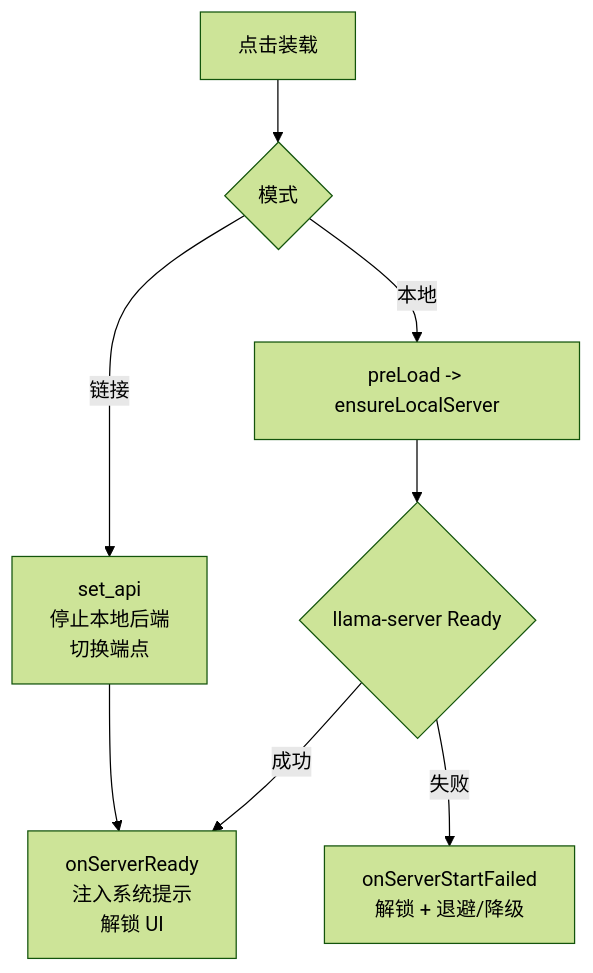
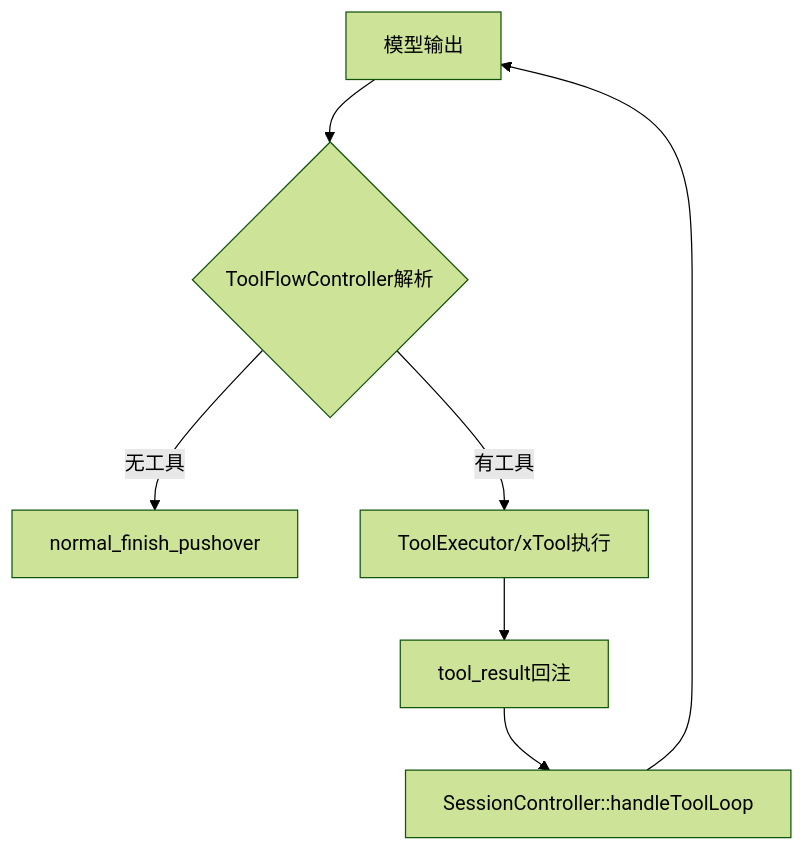
One commit to ylsdamxssjxxdd/eva changed the third of 7 diagrams in docs/机体架构设计.md. Above: the diagram before and after it, drawn with Mermaid (forest theme). The commit also changed other lines of this file and 6 other files, not shown here.

````diff
--- a/docs/机体架构设计.md
+++ b/docs/机体架构设计.md
@@ -162,10 +71,9 @@
 ```mermaid
 flowchart TD
-  A[点击装载] --> B{模式}
-  B -->|本地| C[preLoad -> ensureLocalServer]
-  C --> D{llama-server Ready}
-  D -->|成功| E[onServerReady\n注入系统提示\n解锁 UI]
-  D -->|失败| F[onServerStartFailed\n解锁 + 退避/降级]
-  B -->|链接| G[set_api\n停止本地后端\n切换端点]
-  G --> E
+  A[模型输出] --> B{ToolFlowController解析}
+  B -->|无工具| F[normal_finish_pushover]
+  B -->|有工具| C[ToolExecutor/xTool执行]
+  C --> D[tool_result回注]
+  D --> E[SessionController::handleToolLoop]
+  E --> A
 ```
````
